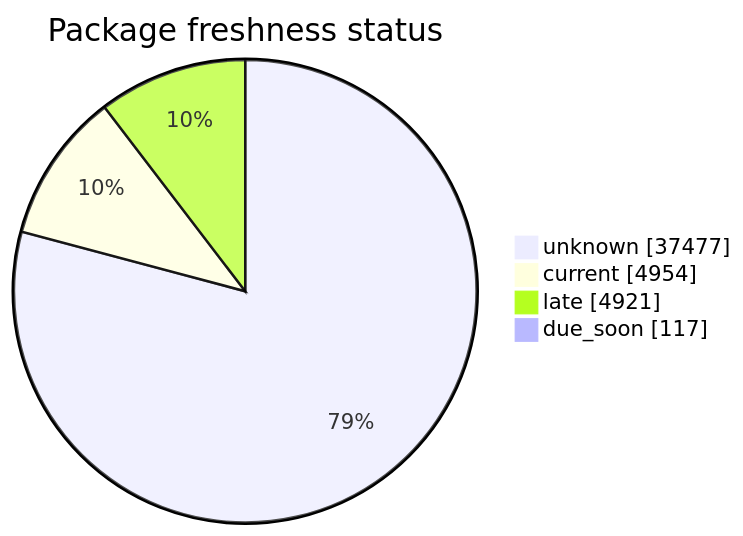
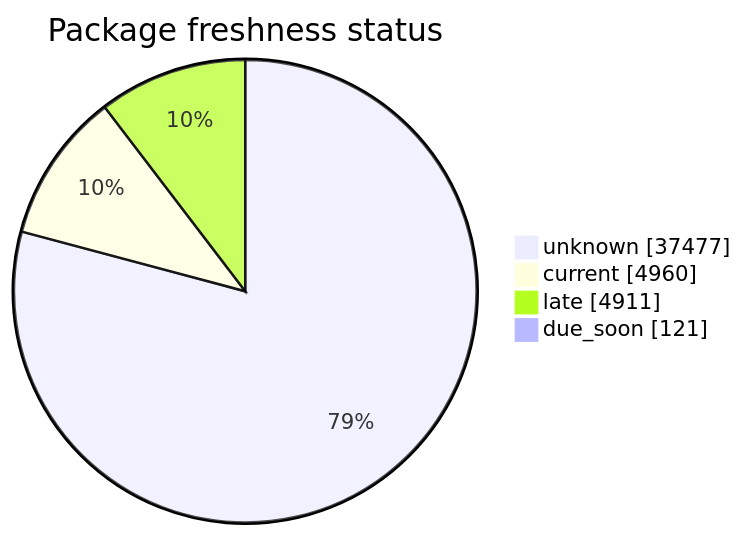
One commit to open-data/analytics-corporate-reporting changed the second of 5 diagrams in FreshCheck/README.md. Above: the diagram before and after it, drawn with Mermaid. The commit also changed other lines of this file and 3 other files, not shown here.

````diff
--- a/FreshCheck/README.md
+++ b/FreshCheck/README.md
@@ -69,7 +69,7 @@
 ```mermaid
 pie showData title Package freshness status
     "unknown": 37477
-    "current": 4954
-    "late": 4921
-    "due_soon": 117
+    "current": 4960
+    "late": 4911
+    "due_soon": 121
 ```
````
